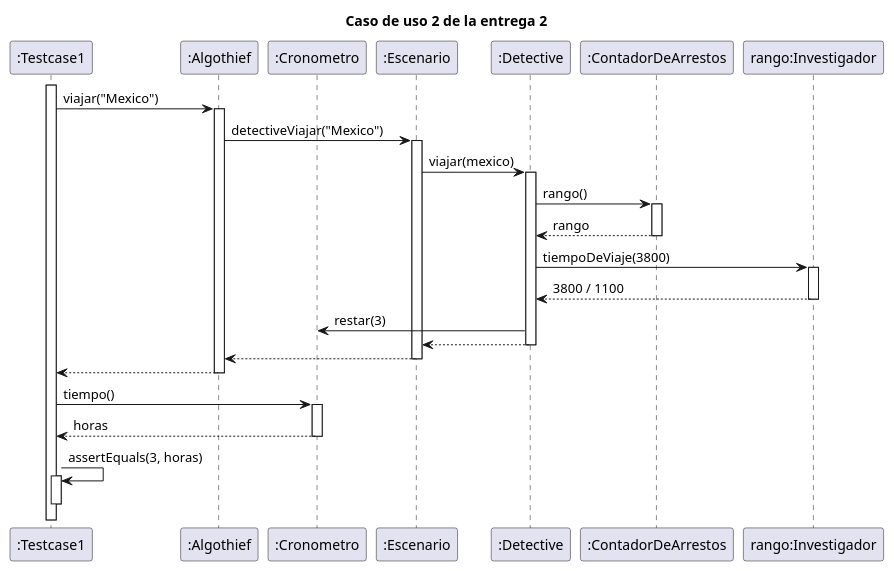
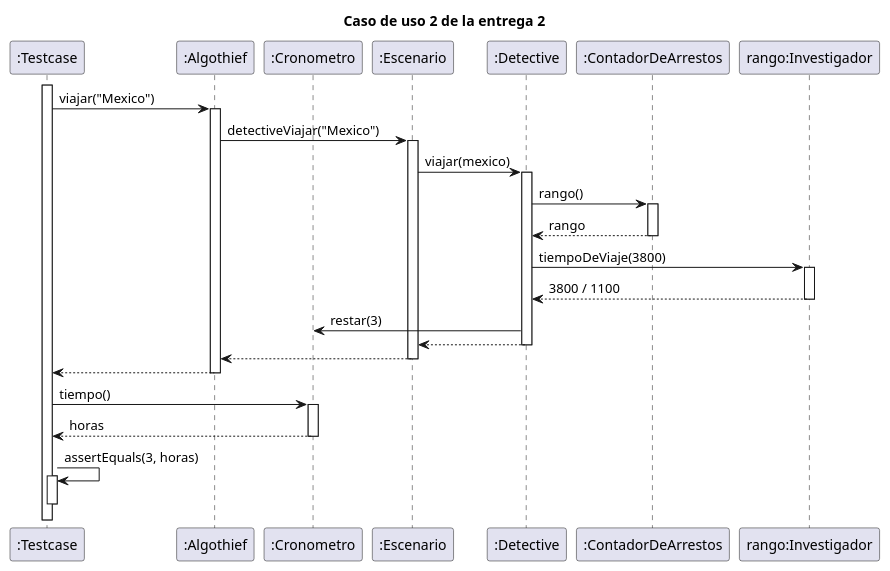
One commit to MegaRedHand/algo-thief changed the diagram in diagrams/sequences/secuencia_entrega2_testcase02.plantuml. Above: the diagram before and after it, drawn with PlantUML. The commit also changed 20 other files, not shown here.

Commit message:
docs: actualizo diagramas de secuencia de los casos de uso 3 y 4

```diff
--- a/diagrams/sequences/secuencia_entrega2_testcase02.plantuml
+++ b/diagrams/sequences/secuencia_entrega2_testcase02.plantuml
@@ -1,39 +1,39 @@
 @startuml
 
 title "Caso de uso 2 de la entrega 2"
 
-participant ":Testcase1" as testcase
+participant ":Testcase" as testcase
 participant ":Algothief" as algothief
 participant ":Cronometro" as cronometro
 participant ":Escenario" as escenario
 participant ":Detective" as detective
 participant ":ContadorDeArrestos" as contador
 participant "rango:Investigador" as rango
 
 activate testcase
 testcase -> algothief: viajar("Mexico")
     activate algothief
     algothief -> escenario: detectiveViajar("Mexico")
         activate escenario
         escenario -> detective: viajar(mexico)
             activate detective
             detective -> contador: rango()
                 activate contador
                 return rango
             detective -> rango: tiempoDeViaje(3800)
                 activate rango
                 return 3800 / 1100
             detective -> cronometro: restar(3)
             return
         return
     return
 
 testcase -> cronometro: tiempo()
     activate cronometro
     return horas
 
 testcase -> testcase: assertEquals(3, horas)
 activate testcase
 deactivate testcase
 
 @enduml
```
